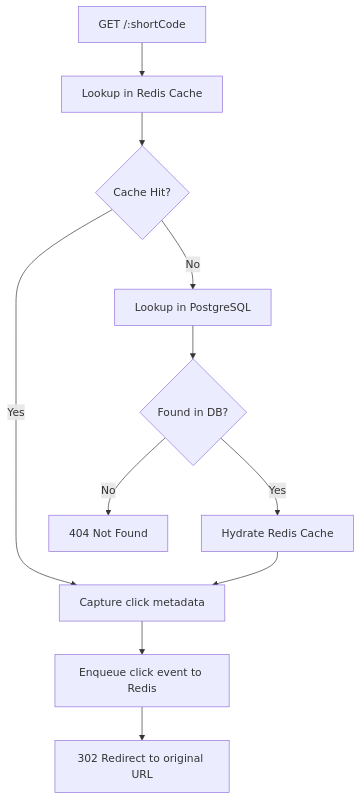
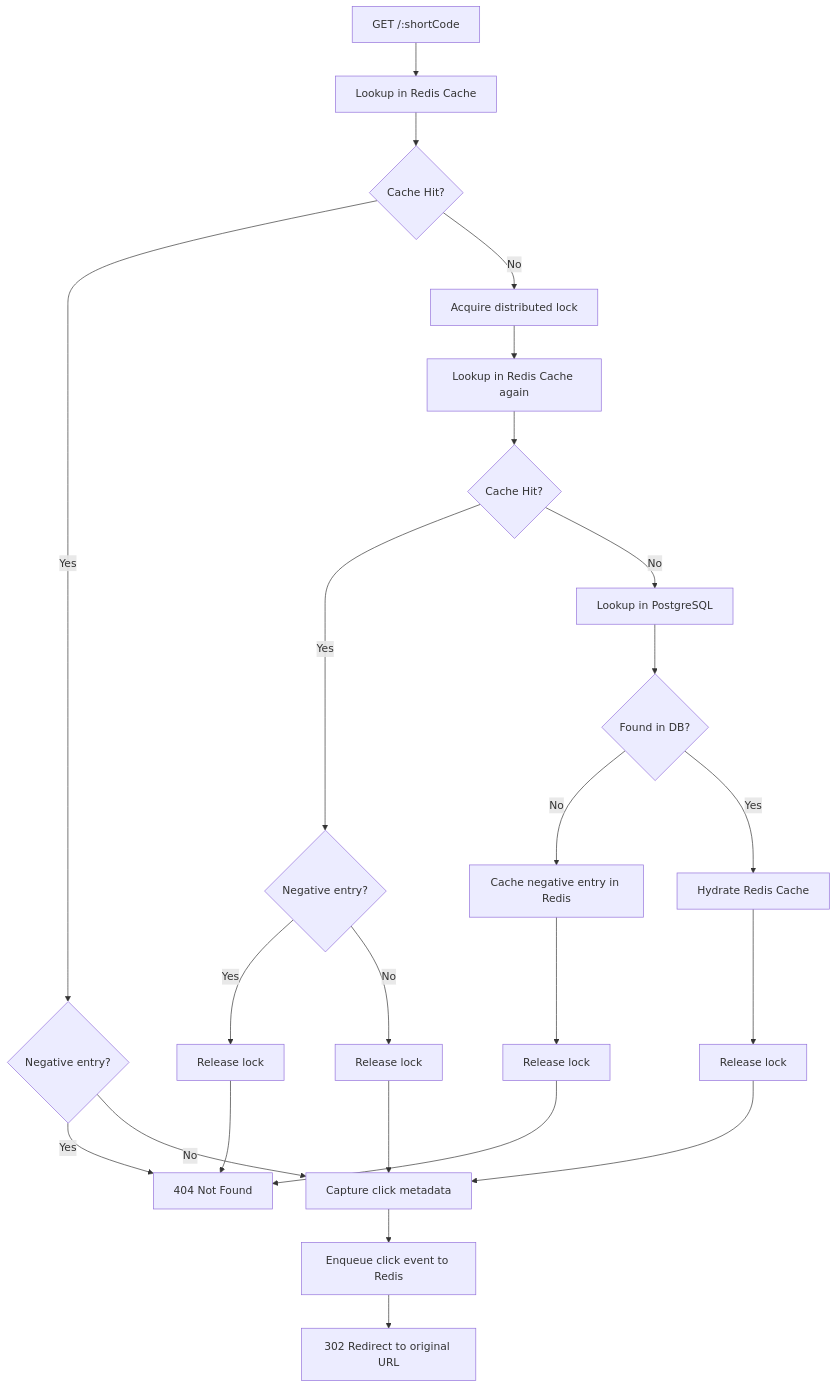
Before and after one commit to pedroheing/url-shortening: the second of 3 diagrams in README.md, drawn with Mermaid. The commit also changed other lines of this file, not shown here.

````diff
--- a/README.md
+++ b/README.md
@@ -74,17 +78,35 @@
 ```mermaid
 flowchart TD
   A[GET /:shortCode] --> B[Lookup in Redis Cache]
 
   B --> C{Cache Hit?}
 
-  C -- Yes --> E[Capture click metadata]
-  C -- No --> D[Lookup in PostgreSQL]
+  C -- Yes --> D2{Negative entry?}
+  D2 -- Yes --> NOT_FOUND[404 Not Found]
+  D2 -- No --> CLICK[Capture click metadata]
 
-  D --> F{Found in DB?}
-  F -- No --> G[404 Not Found]
-  F -- Yes --> H[Hydrate Redis Cache]
-  H --> E
+  C -- No --> D[Acquire distributed lock]
 
-  E --> I[Enqueue click event to Redis]
-  I --> J[302 Redirect to original URL]
+  D --> E[Lookup in Redis Cache again]
+  E --> F{Cache Hit?}
+
+  F -- Yes --> D3{Negative entry?}
+  D3 -- Yes --> REL1B[Release lock]
+  REL1B --> NOT_FOUND
+  D3 -- No --> REL1[Release lock]
+  REL1 --> CLICK
+
+  F -- No --> G[Lookup in PostgreSQL]
+  G --> H{Found in DB?}
+
+  H -- No --> NEG[Cache negative entry in Redis]
+  NEG --> REL2[Release lock]
+  REL2 --> NOT_FOUND
+
+  H -- Yes --> I[Hydrate Redis Cache]
+  I --> REL3[Release lock]
+  REL3 --> CLICK
+
+  CLICK --> J[Enqueue click event to Redis]
+  J --> K[302 Redirect to original URL]
 ```
````
